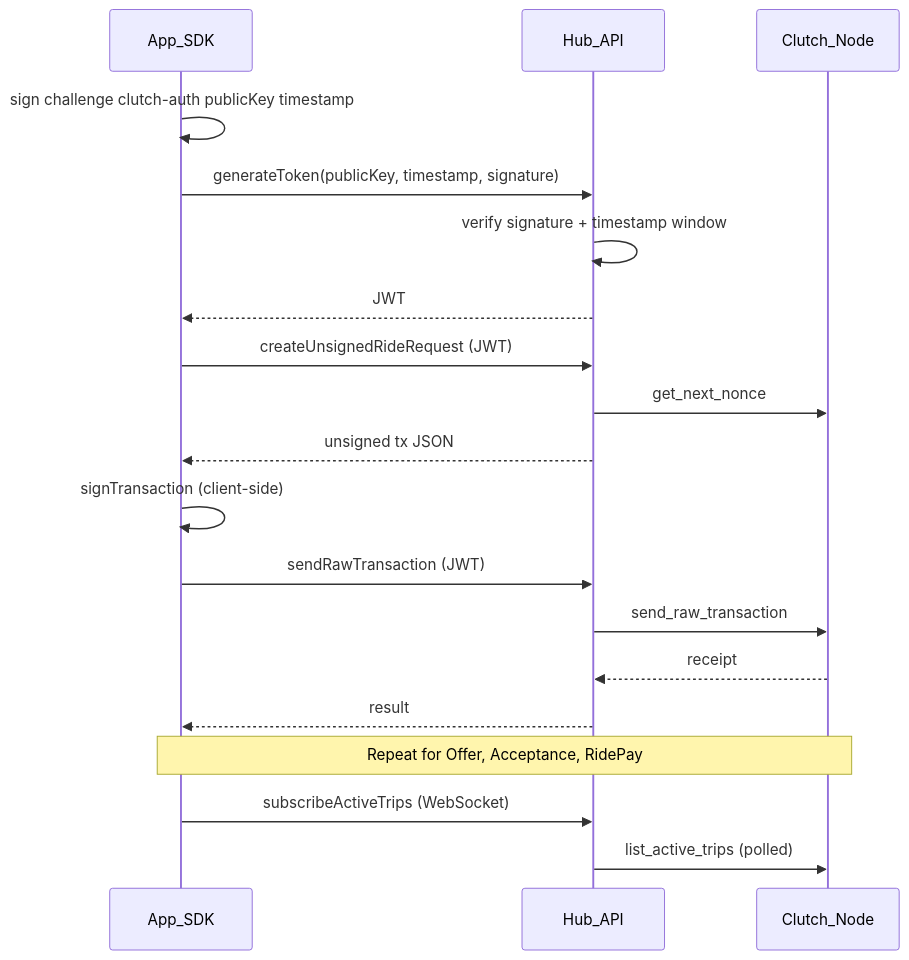
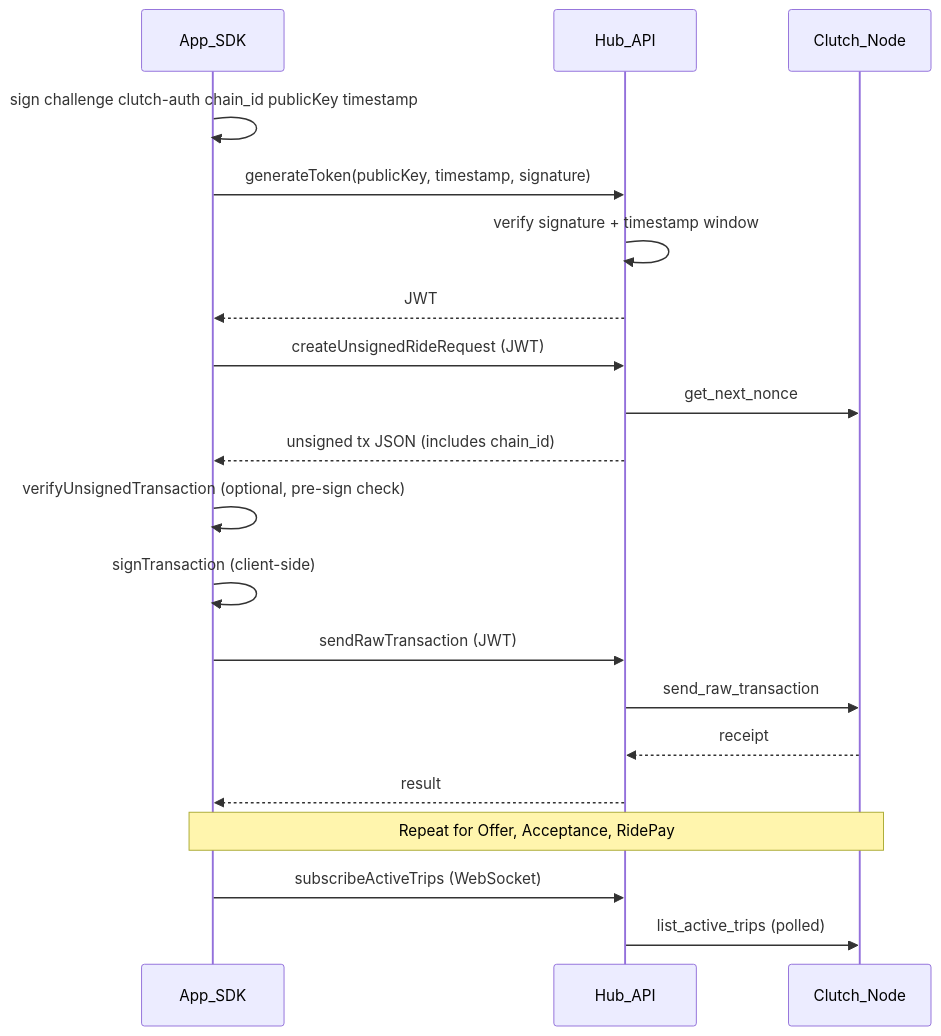
The diagram in docs/reference/transaction-flow.md (clutchprotocol/clutch-docs), drawn with Mermaid before and after one commit. The commit also changed other lines of this file and 21 other files, not shown here.

````diff
--- a/docs/reference/transaction-flow.md
+++ b/docs/reference/transaction-flow.md
@@ -32,22 +32,23 @@
 ```mermaid
 sequenceDiagram
     participant App as App_SDK
     participant Hub as Hub_API
     participant Node as Clutch_Node
 
-    App->>App: sign challenge clutch-auth publicKey timestamp
+    App->>App: sign challenge clutch-auth chain_id publicKey timestamp
     App->>Hub: generateToken(publicKey, timestamp, signature)
     Hub->>Hub: verify signature + timestamp window
     Hub-->>App: JWT
     App->>Hub: createUnsignedRideRequest (JWT)
     Hub->>Node: get_next_nonce
-    Hub-->>App: unsigned tx JSON
+    Hub-->>App: unsigned tx JSON (includes chain_id)
+    App->>App: verifyUnsignedTransaction (optional, pre-sign check)
     App->>App: signTransaction (client-side)
     App->>Hub: sendRawTransaction (JWT)
     Hub->>Node: send_raw_transaction
     Node-->>Hub: receipt
     Hub-->>App: result
     Note over App,Node: Repeat for Offer, Acceptance, RidePay
     App->>Hub: subscribeActiveTrips (WebSocket)
     Hub->>Node: list_active_trips (polled)
 ```
````
